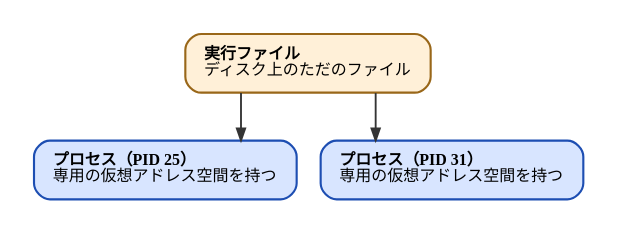
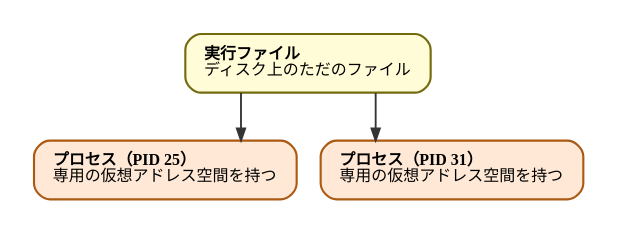
One commit to ymotongpoo/zenn.dev changed the diagram in diagrams/go-ebpf-primer/20260820-program-vs-process.dot. Above: the diagram before and after it, drawn with Graphviz. The commit also changed 109 other files, not shown here.

First line of the commit message:
change(go-ebpf-primer): 図の主系列/ストレージ/補助カテゴリをPrimary/Secondary色に再調整

```diff
--- a/diagrams/go-ebpf-primer/20260820-program-vs-process.dot
+++ b/diagrams/go-ebpf-primer/20260820-program-vs-process.dot
@@ -1,29 +1,29 @@
 // 実行ファイルとプロセス
 digraph program_vs_process {
   graph [
     rankdir=TB, splines=ortho,
     fontname="IBM Plex Sans JP", fontsize=13,
     bgcolor="white", pad=0.25
   ];
   node [
     fontname="IBM Plex Sans JP", fontsize=12,
     shape=box, style="rounded,filled",
     fillcolor="#F1F1F1", color="#4A4A4A", penwidth=1.6,
     margin="0.2,0.14"
   ];
   edge [
     fontname="IBM Plex Sans JP", fontsize=11,
     color="#343434", penwidth=1.4, arrowsize=0.9,
     fontcolor="#171717"
   ];
 
-  file [label=<<b>実行ファイル</b><br align="left"/>ディスク上のただのファイル<br align="left"/>>, fillcolor="#FFF0D8", color="#996719"];
+  file [label=<<b>実行ファイル</b><br align="left"/>ディスク上のただのファイル<br align="left"/>>, fillcolor="#FFFCD7", color="#736B10"];
 
-  p1 [label=<<b>プロセス（PID 25）</b><br align="left"/>専用の仮想アドレス空間を持つ<br align="left"/>>, fillcolor="#D8E5FF", color="#1D4EB2"];
-  p2 [label=<<b>プロセス（PID 31）</b><br align="left"/>専用の仮想アドレス空間を持つ<br align="left"/>>, fillcolor="#D8E5FF", color="#1D4EB2"];
+  p1 [label=<<b>プロセス（PID 25）</b><br align="left"/>専用の仮想アドレス空間を持つ<br align="left"/>>, fillcolor="#FFE9D6", color="#AB5A13"];
+  p2 [label=<<b>プロセス（PID 31）</b><br align="left"/>専用の仮想アドレス空間を持つ<br align="left"/>>, fillcolor="#FFE9D6", color="#AB5A13"];
 
   { rank=same; p1; p2; }
 
   file -> p1;
   file -> p2;
 }
```
